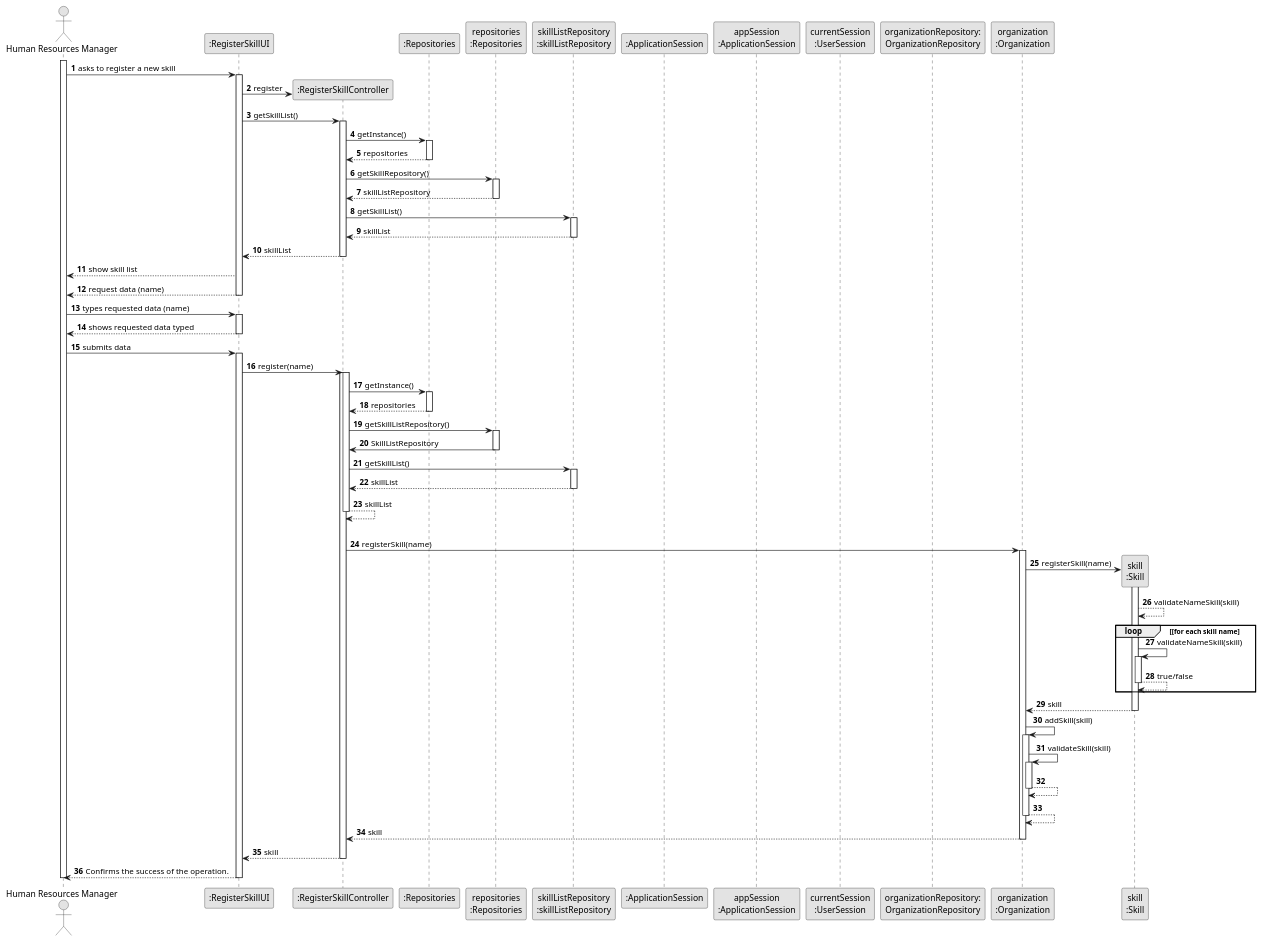
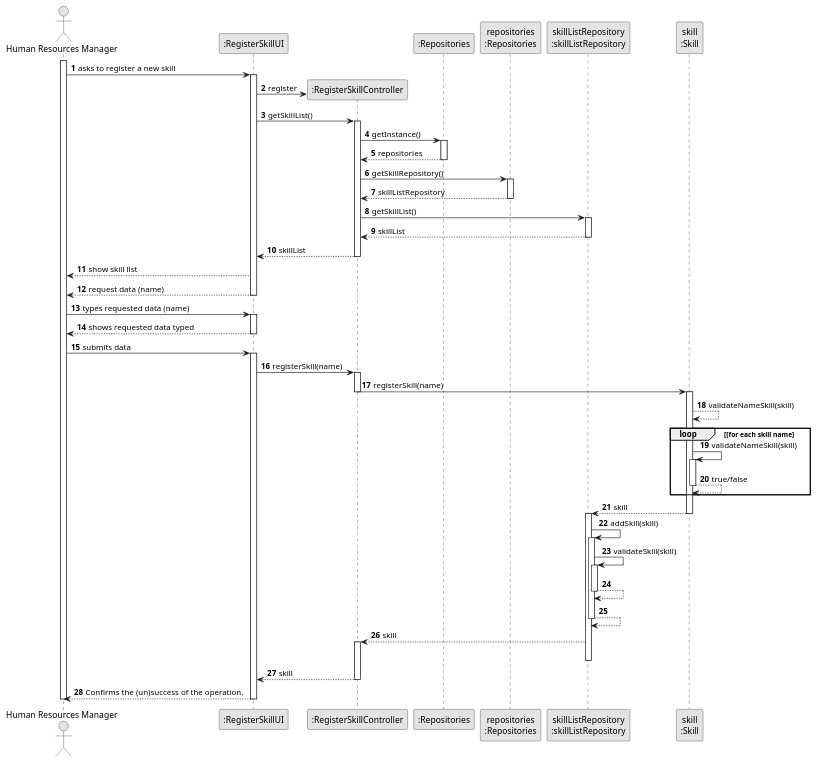
The diagram in docs/sprintB/us001/03.design/puml/us001-sequence-diagram-full.puml (SAEmanuel/Green_Spaces_Management_ISEP), drawn with PlantUML before and after one commit.

Commit message:
US001 - full diagram v2.3.0

```diff
--- a/docs/sprintB/us001/03.design/puml/us001-sequence-diagram-full.puml
+++ b/docs/sprintB/us001/03.design/puml/us001-sequence-diagram-full.puml
@@ -1,140 +1,117 @@
 @startuml
 skinparam monochrome true
 skinparam packageStyle rectangle
 skinparam shadowing false
 
 autonumber
 
 'hide footbox
 actor "Human Resources Manager" as HRM
 participant ":RegisterSkillUI" as UI
 participant ":RegisterSkillController" as CTRL
 participant ":Repositories" as RepositorySingleton
 participant "repositories\n:Repositories" as PLAT
 participant "skillListRepository\n:skillListRepository" as skillRepository
-participant ":ApplicationSession" as _APP
-participant "appSession\n:ApplicationSession" as APP
-participant "currentSession\n:UserSession" as SESSAO
-participant "organizationRepository:\nOrganizationRepository" as OrganizationRepository
-participant "organization\n:Organization" as ORG
 participant "skill\n:Skill" as EMPREGO
 
 activate HRM
 
         HRM -> UI : asks to register a new skill
 
         activate UI
 
             UI -> CTRL** : register
 
             UI -> CTRL : getSkillList()
             activate CTRL
 
                 CTRL -> RepositorySingleton : getInstance()
                 activate RepositorySingleton
 
                     RepositorySingleton --> CTRL: repositories
                 deactivate RepositorySingleton
 
                 CTRL -> PLAT : getSkillRepository()
                 activate PLAT
 
                     PLAT --> CTRL: skillListRepository
                 deactivate PLAT
 
                 CTRL -> skillRepository : getSkillList()
                 activate skillRepository
 
                     skillRepository --> CTRL : skillList
                 deactivate skillRepository
 
                 CTRL --> UI : skillList
             deactivate CTRL
 
 
 
 
             UI --> HRM : show skill list
             UI --> HRM : request data (name)
         deactivate UI
 
 
     HRM -> UI : types requested data (name)
     activate UI
 
         UI --> HRM : shows requested data typed
         deactivate UI
 
         HRM -> UI : submits data
             activate UI
 
 
-            UI -> CTRL : register(name)
+            UI -> CTRL : registerSkill(name)
             activate CTRL
 
-                activate CTRL
 
-                    CTRL -> RepositorySingleton : getInstance()
-                    activate RepositorySingleton
-
-                        RepositorySingleton --> CTRL: repositories
-                    deactivate RepositorySingleton
-
-                    CTRL -> PLAT : getSkillListRepository()
-                    activate PLAT
-
-                        PLAT -> CTRL : SkillListRepository
-                    deactivate PLAT
-
-                    CTRL -> skillRepository : getSkillList()
-                    activate skillRepository
-
-                        skillRepository --> CTRL : skillList
-                    deactivate skillRepository
-                        CTRL --> CTRL : skillList
+                CTRL -> EMPREGO: registerSkill(name)
                 deactivate CTRL
 
-                |||
-                CTRL -> ORG: registerSkill(name)
-                activate ORG
 
-                    ORG -> EMPREGO**: registerSkill(name)
+
 
                     activate EMPREGO
                         EMPREGO --> EMPREGO : validateNameSkill(skill)
 
                         loop [for each skill name
                           EMPREGO -> EMPREGO : validateNameSkill(skill)
                             activate EMPREGO
 
                                  EMPREGO --> EMPREGO : true/false
                             deactivate EMPREGO
                         end
 
-                        EMPREGO --> ORG : skill
+
+                        EMPREGO --> skillRepository : skill
                     deactivate EMPREGO
 
+                    activate skillRepository
 
-                    ORG -> ORG: addSkill(skill)
+                    skillRepository -> skillRepository: addSkill(skill)
 
 
-                    activate ORG
-                        ORG -> ORG: validateSkill(skill)
-                        activate ORG
-                            ORG --> ORG
-                        deactivate ORG
+                    activate skillRepository
+                        skillRepository -> skillRepository: validateSkill(skill)
+                        activate skillRepository
+                            skillRepository --> skillRepository
+                        deactivate skillRepository
 
-                        ORG --> ORG
-                    deactivate ORG
+                        skillRepository --> skillRepository
+                    deactivate skillRepository
 
-                    ORG --> CTRL : skill
+                    skillRepository --> CTRL : skill
+                     activate CTRL
 
-                deactivate ORG
+                deactivate skillRepository
 
                 CTRL --> UI: skill
                 deactivate CTRL
-                UI --> HRM: Confirms the success of the operation.
+                UI --> HRM: Confirms the (un)success of the operation.
         deactivate UI
     deactivate HRM
 
 @enduml
```
